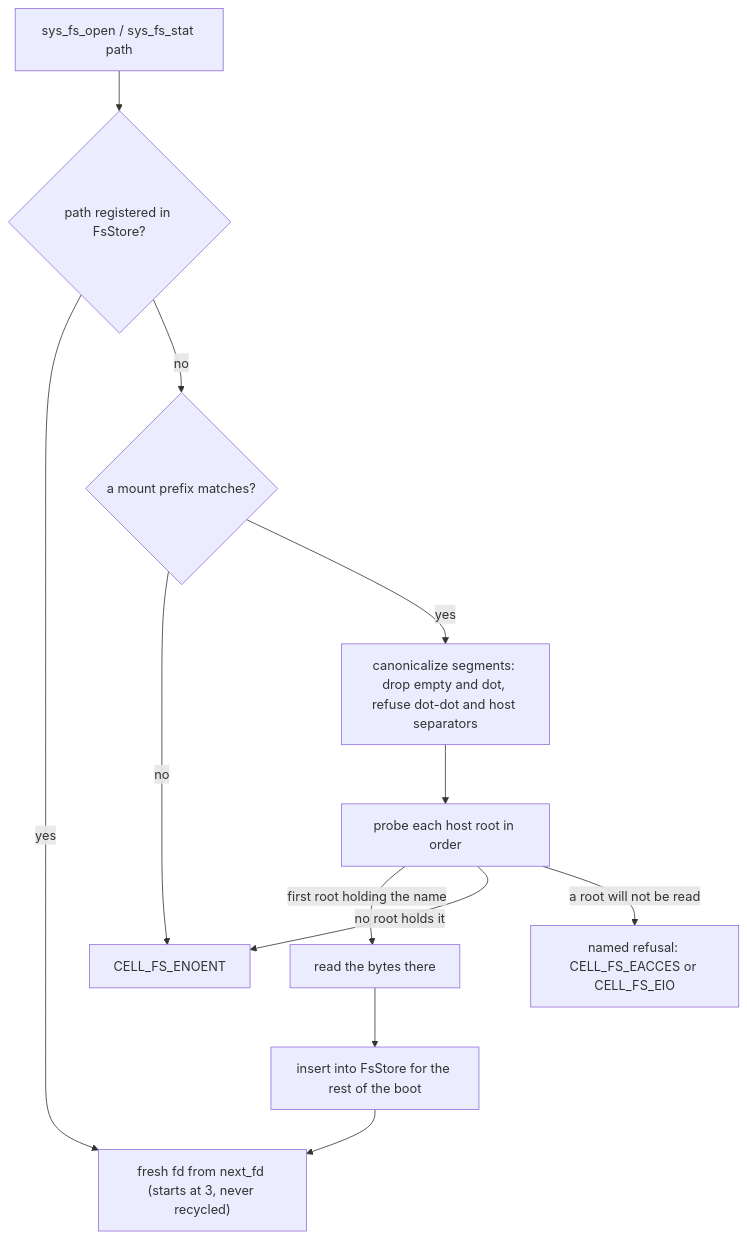
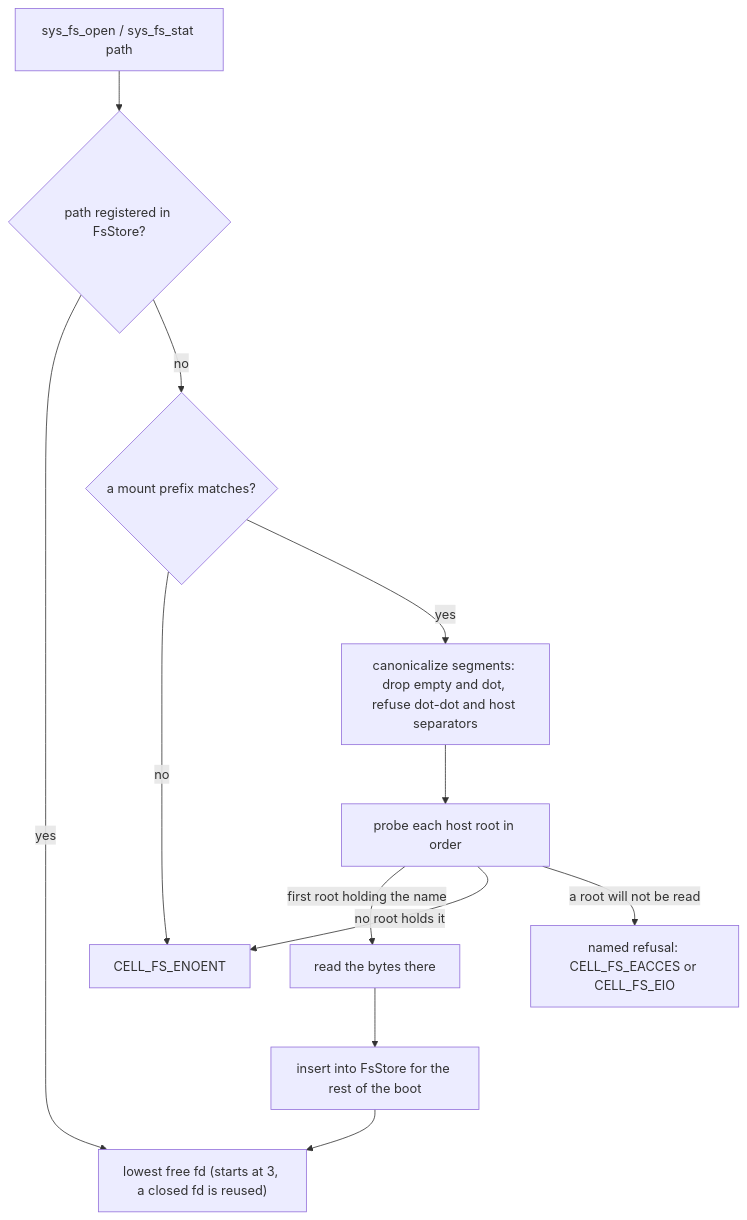
The fourth of 4 diagrams in docs/architecture/lv2_host.md (RoyalAce22/CellGov), drawn with Mermaid before and after one commit. The commit also changed other lines of this file and 30 other files, not shown here.

````diff
--- a/docs/architecture/lv2_host.md
+++ b/docs/architecture/lv2_host.md
@@ -532,13 +533,13 @@
 ```mermaid
 flowchart TD
   open["sys_fs_open / sys_fs_stat path"] --> blob{"path registered in FsStore?"}
-  blob -->|yes| fd["fresh fd from next_fd (starts at 3, never recycled)"]
+  blob -->|yes| fd["lowest free fd (starts at 3, a closed fd is reused)"]
   blob -->|no| mount{"a mount prefix matches?"}
   mount -->|no| enoent["CELL_FS_ENOENT"]
   mount -->|yes| canon["canonicalize segments: drop empty and dot, refuse dot-dot and host separators"]
   canon --> probe["probe each host root in order"]
   probe -->|first root holding the name| host["read the bytes there"]
   host --> cache["insert into FsStore for the rest of the boot"] --> fd
   probe -->|no root holds it| enoent
   probe -->|a root will not be read| refuse["named refusal: CELL_FS_EACCES or CELL_FS_EIO"]
 ```
````
